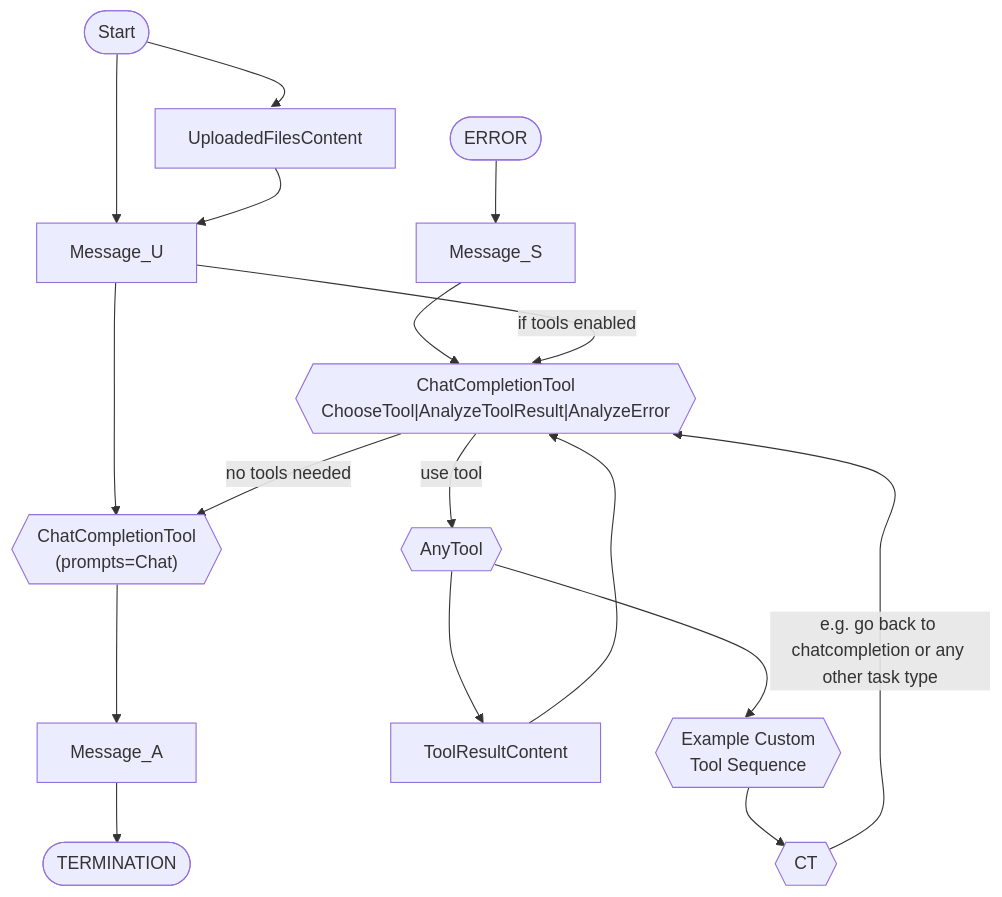
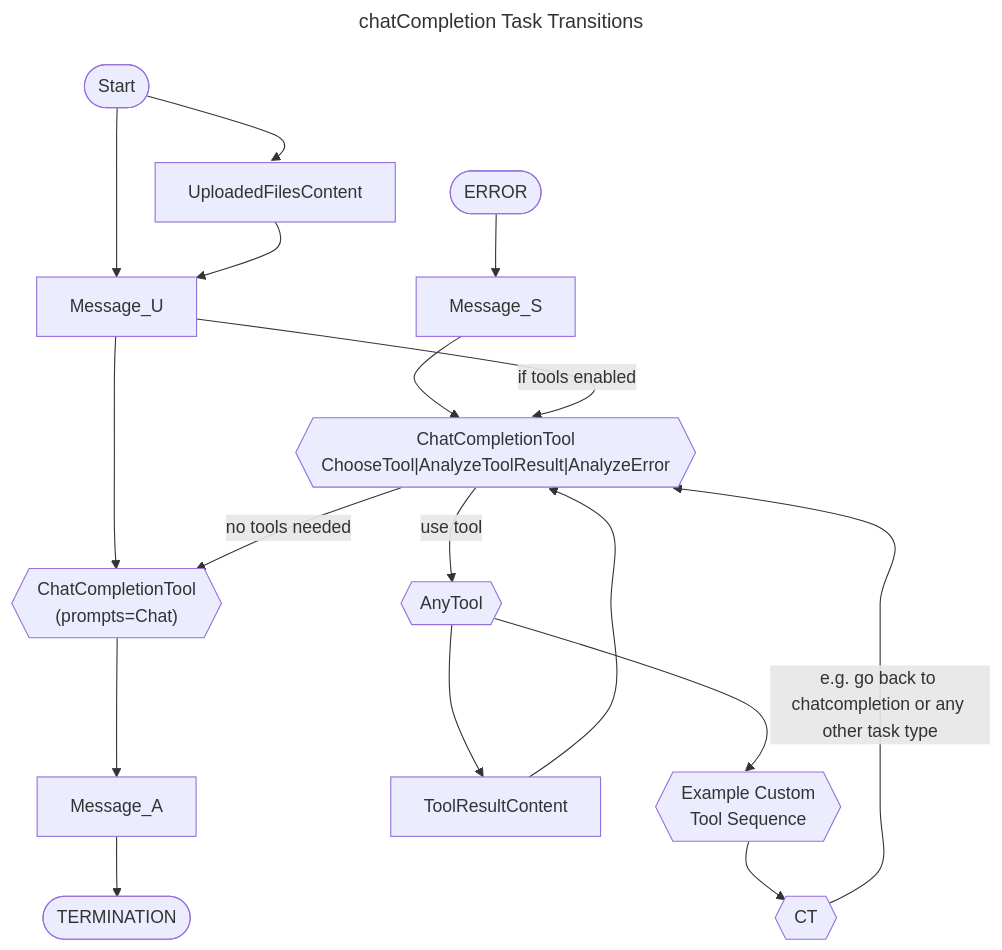
Before and after one commit to Xyntopia/taskyon: the second of 3 diagrams in public/docs/conversations/taskyon_description.md, drawn with Mermaid. The commit also changed other lines of this file, not shown here.

````diff
--- a/public/docs/conversations/taskyon_description.md
+++ b/public/docs/conversations/taskyon_description.md
@@ -90,29 +90,32 @@
 ```mermaid
+---
+title: chatCompletion Task Transitions
+---
 %%{init: { "flowchart": { "curve": "cardinal", "wrappingWidth": 400 } } }%%
 flowchart TD
   Message_U
   Message_A
   Message_S
   ToolResultContent
   UploadedFilesContent
   cct{{"ChatCompletionTool<br>(prompts=Chat)"}}
   cctct{{"ChatCompletionTool<br>ChooseTool|AnalyzeToolResult|AnalyzeError"}}
   cct1{{"Example Custom<br>Tool Sequence"}}
   at{{AnyTool}}
   cct2{{CT}}
 
 
   TERMINATION([TERMINATION])
   e([ERROR])-->Message_S
   s([Start])
 
   Message_S-->cctct
   s-->Message_U
   s-->UploadedFilesContent --> Message_U --> cct --> Message_A --> TERMINATION
   Message_U -- if tools enabled --> cctct
   at-->ToolResultContent-->cctct
   cctct -- use tool --> at
   cctct -- no tools needed --> cct
   at --> cct1-->cct2-- e.g. go back to chatcompletion or any other task type -->cctct
 
 ```
````
